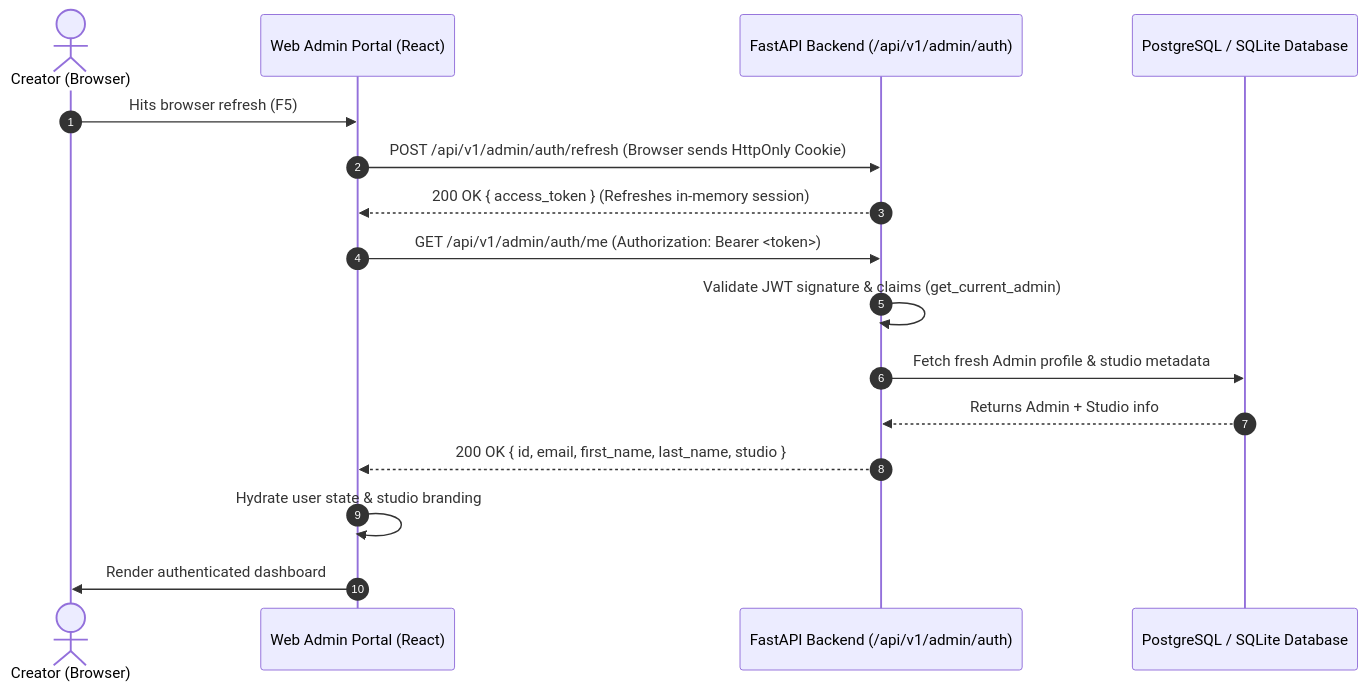
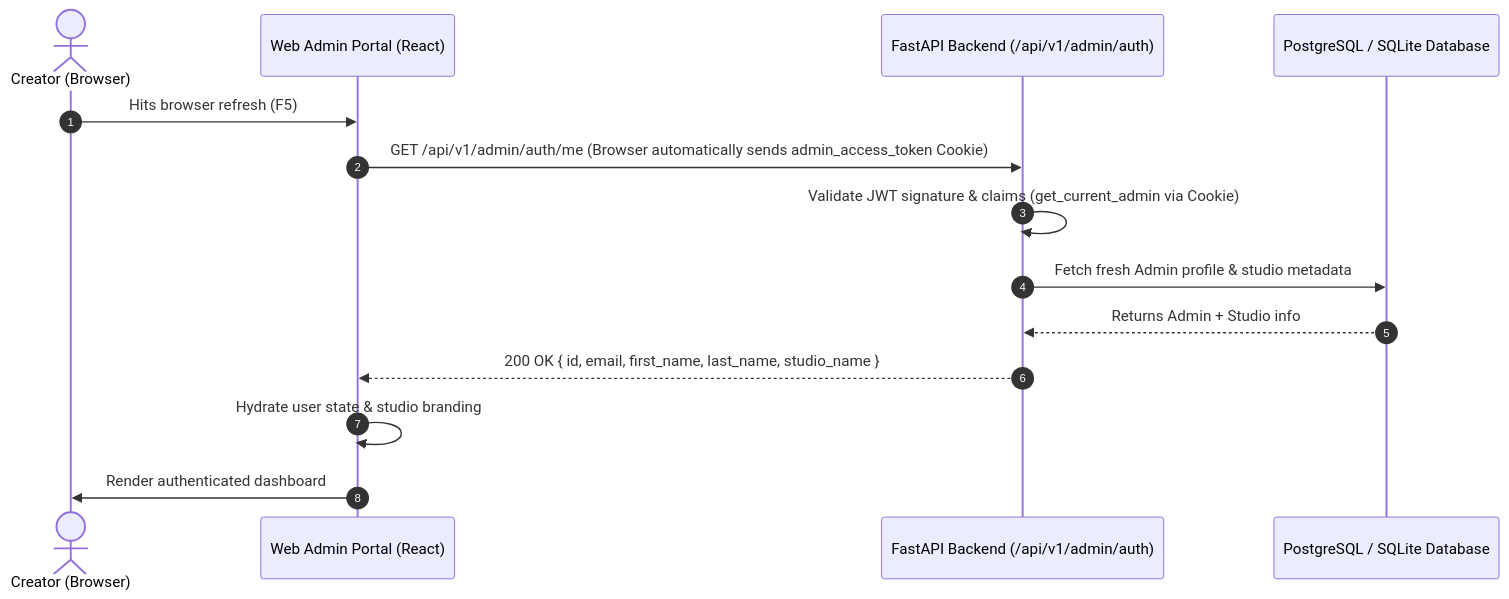
Before and after one commit to TalentSea/content-talent-backend: the second of 2 diagrams in docs/admin/admin_authentication_api_specification.md, drawn with Mermaid. The commit also changed other lines of this file and 2 other files, not shown here.

Commit message:
feat(admin-auth): add dual HttpOnly cookie support and update API spec

````diff
--- a/docs/admin/admin_authentication_api_specification.md
+++ b/docs/admin/admin_authentication_api_specification.md
@@ -626,19 +637,17 @@
 ```mermaid
 sequenceDiagram
     autonumber
     actor Creator as Creator (Browser)
     participant SPA as Web Admin Portal (React)
     participant API as FastAPI Backend (/api/v1/admin/auth)
     participant DB as PostgreSQL / SQLite Database
 
     Creator->>SPA: Hits browser refresh (F5)
-    SPA->>API: POST /api/v1/admin/auth/refresh (Browser sends HttpOnly Cookie)
-    API-->>SPA: 200 OK { access_token } (Refreshes in-memory session)
-    SPA->>API: GET /api/v1/admin/auth/me (Authorization: Bearer <token>)
-    API->>API: Validate JWT signature & claims (get_current_admin)
+    SPA->>API: GET /api/v1/admin/auth/me (Browser automatically sends admin_access_token Cookie)
+    API->>API: Validate JWT signature & claims (get_current_admin via Cookie)
     API->>DB: Fetch fresh Admin profile & studio metadata
     DB-->>API: Returns Admin + Studio info
-    API-->>SPA: 200 OK { id, email, first_name, last_name, studio }
+    API-->>SPA: 200 OK { id, email, first_name, last_name, studio_name }
     SPA->>SPA: Hydrate user state & studio branding
     SPA->>Creator: Render authenticated dashboard
 ```
````
